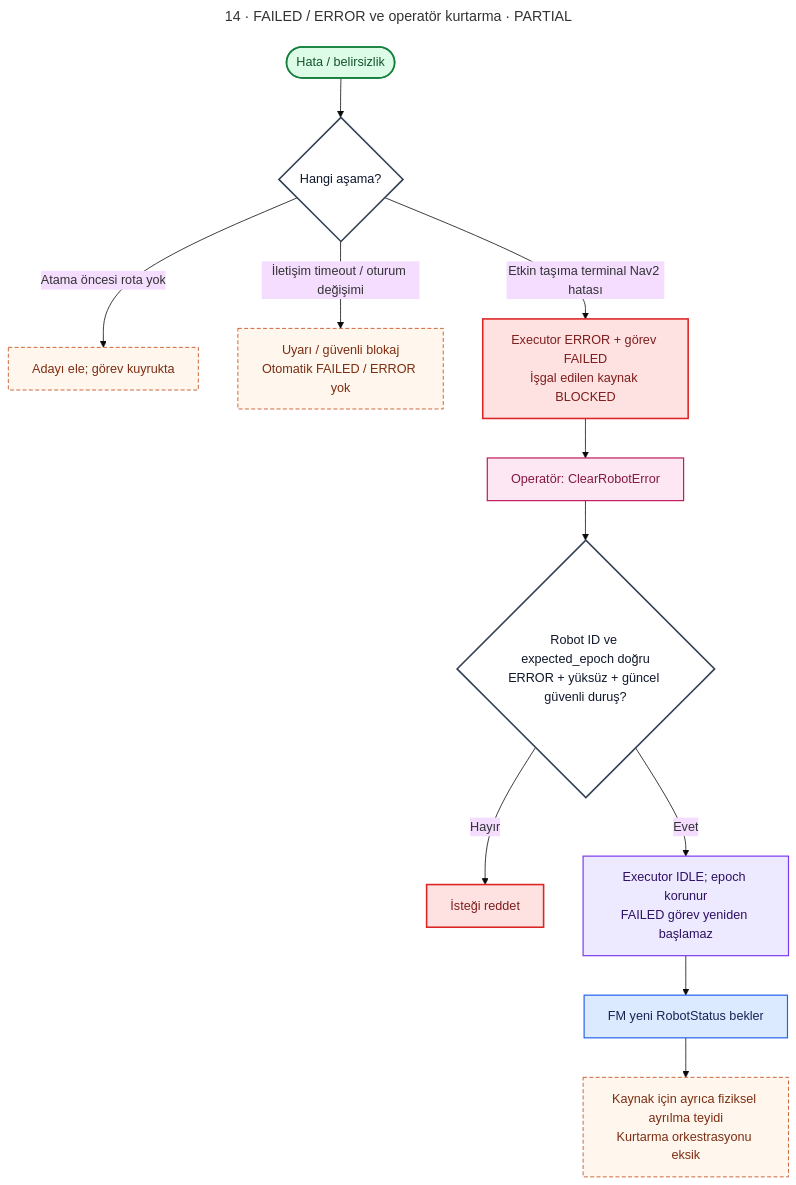
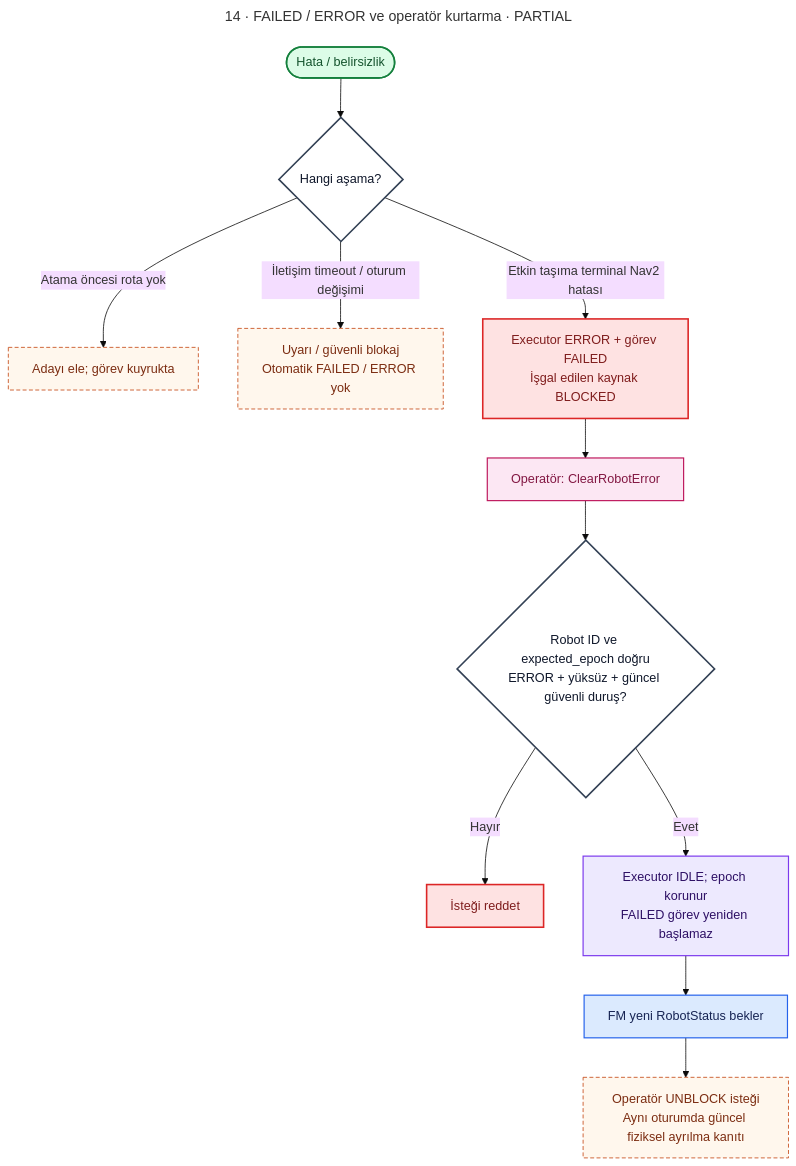
Before and after one commit to m-gnr/ros2-fleet-manager: diagram 14 of 18 in docs/diagrams/README.md, drawn with Mermaid (base theme). The commit also changed other lines of this file and 22 other files, not shown here.

````diff
--- a/docs/diagrams/README.md
+++ b/docs/diagrams/README.md
@@ -804,27 +809,27 @@
 ```mermaid
 ---
 title: "14 · FAILED / ERROR ve operatör kurtarma · PARTIAL"
 ---
 flowchart TD
  A(["Hata / belirsizlik"]):::terminal --> TYPE{"Hangi aşama?"}:::decision
  TYPE -->|"Atama öncesi rota yok"| Q["Adayı ele; görev kuyrukta"]:::wait
  TYPE -->|"İletişim timeout / oturum değişimi"| W["Uyarı / güvenli blokaj<br/>Otomatik FAILED / ERROR yok"]:::wait
  TYPE -->|"Etkin taşıma terminal Nav2 hatası"| E["Executor ERROR + görev FAILED<br/>İşgal edilen kaynak BLOCKED"]:::error
  E --> OP["Operatör: ClearRobotError"]:::ui
  OP --> C{"Robot ID ve expected_epoch doğru<br/>ERROR + yüksüz + güncel güvenli duruş?"}:::decision
  C -->|"Hayır"| R["İsteği reddet"]:::error
  C -->|"Evet"| ID["Executor IDLE; epoch korunur<br/>FAILED görev yeniden başlamaz"]:::executor
  ID --> FM["FM yeni RobotStatus bekler"]:::fm
- FM --> PH["Kaynak için ayrıca fiziksel ayrılma teyidi<br/>Kurtarma orkestrasyonu eksik"]:::wait
+ FM --> PH["Operatör UNBLOCK isteği<br/>Aynı oturumda güncel fiziksel ayrılma kanıtı"]:::wait
 
  classDef fm fill:#dbeafe,stroke:#2563eb,color:#172554,stroke-width:1.5px;
  classDef executor fill:#ede9fe,stroke:#7c3aed,color:#2e1065,stroke-width:1.5px;
  classDef nav fill:#ccfbf1,stroke:#0f766e,color:#134e4a,stroke-width:1.5px;
  classDef battery fill:#fef3c7,stroke:#d97706,color:#78350f,stroke-width:1.5px;
  classDef db fill:#e2e8f0,stroke:#475569,color:#0f172a,stroke-width:1.5px;
  classDef ui fill:#fce7f3,stroke:#be185d,color:#831843,stroke-width:1.5px;
  classDef decision fill:#fff,stroke:#334155,color:#0f172a,stroke-width:2px;
  classDef error fill:#fee2e2,stroke:#dc2626,color:#7f1d1d,stroke-width:2px;
  classDef wait fill:#fff7ed,stroke:#c2410c,color:#7c2d12,stroke-dasharray:5 3;
  classDef terminal fill:#dcfce7,stroke:#15803d,color:#14532d,stroke-width:2px;
 ```
````
